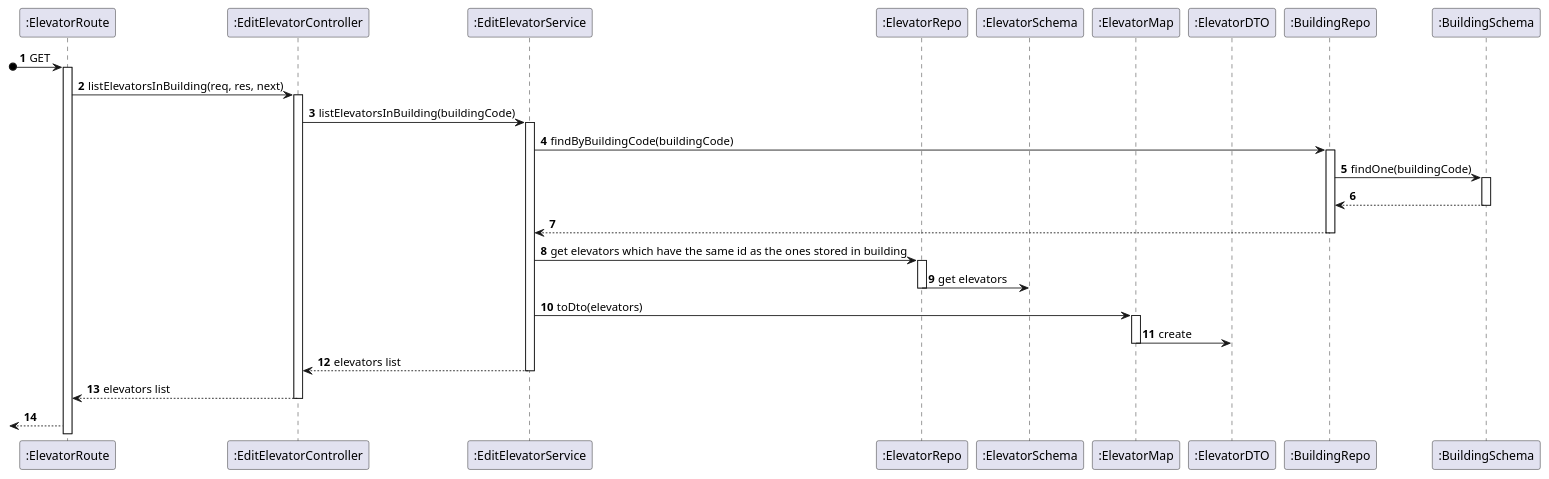
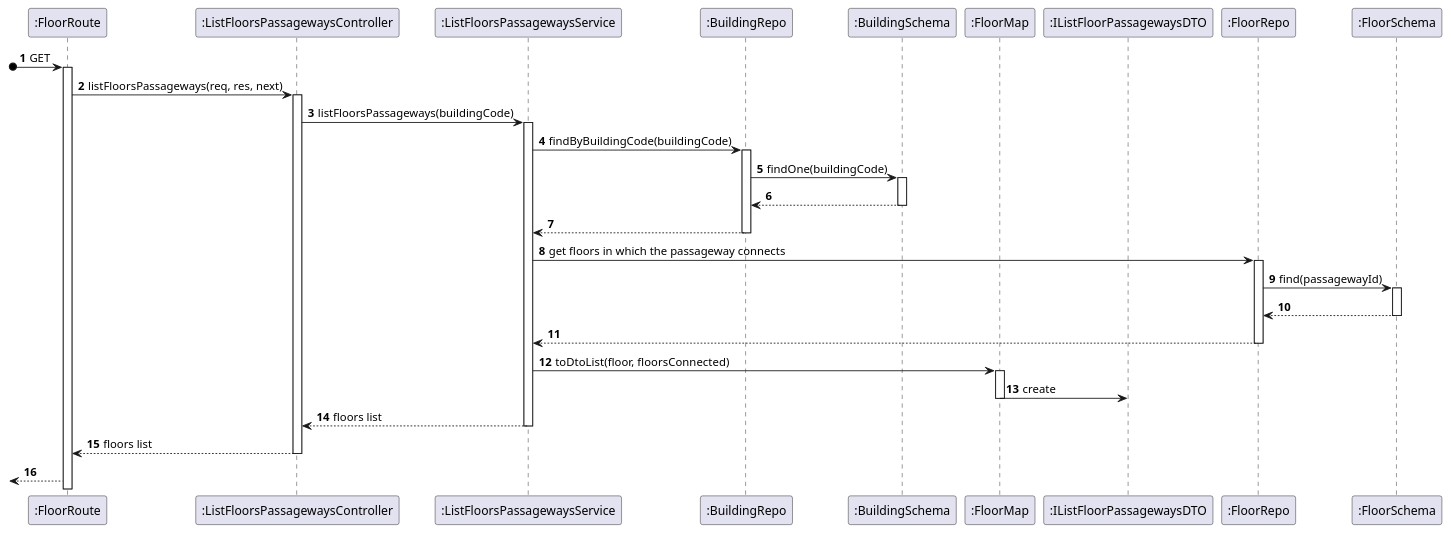
Before and after one commit to Pedro-Pereira1/sem5pi_23_24_g056: the diagram in docs/US_220/Diagrams/Level3/SequenceDiagramLevel3.puml, drawn with PlantUML. The commit also changed 1 other file, not shown here.

```diff
--- a/docs/US_220/Diagrams/Level3/SequenceDiagramLevel3.puml
+++ b/docs/US_220/Diagrams/Level3/SequenceDiagramLevel3.puml
@@ -1,59 +1,65 @@
 @startuml
 
 autonumber
 
-participant ":ElevatorRoute" as Route
-participant ":EditElevatorController" as Controller
-participant ":EditElevatorService" as Service
-participant ":ElevatorRepo" as Repo
-participant ":ElevatorSchema" as Schema
-participant ":ElevatorMap" as Map
-participant ":ElevatorDTO" as DTO
+participant ":FloorRoute" as Route
+participant ":ListFloorsPassagewaysController" as Controller
+participant ":ListFloorsPassagewaysService" as Service
+participant ":BuildingRepo" as Repo
+participant ":BuildingSchema" as BuildingSchema
+participant ":FloorMap" as Map
+participant ":IListFloorPassagewaysDTO" as DTO
 
-participant ":BuildingRepo" as BuildingRepo
-participant ":BuildingSchema" as BuildingSchema
+participant ":FloorRepo" as FloorRepo
 
+participant ":FloorSchema" as Schema
 
 
 ?o->Route: GET
 activate Route
 
-Route -> Controller: listElevatorsInBuilding(req, res, next)
+Route -> Controller: listFloorsPassageways(req, res, next)
 activate Controller
 
-Controller -> Service: listElevatorsInBuilding(buildingCode)
+Controller -> Service: listFloorsPassageways(buildingCode)
 activate Service
 
-Service -> BuildingRepo: findByBuildingCode(buildingCode)
-activate BuildingRepo
-BuildingRepo -> BuildingSchema: findOne(buildingCode)
+Service -> Repo: findByBuildingCode(buildingCode)
+activate Repo
+Repo -> BuildingSchema: findOne(buildingCode)
 activate BuildingSchema
-BuildingRepo <-- BuildingSchema
+Repo <-- BuildingSchema
 deactivate BuildingSchema
-Service <-- BuildingRepo
-deactivate BuildingRepo
+Service <-- Repo
+deactivate Repo
 
 
 
 
-Service -> Repo: get elevators which have the same id as the ones stored in building
-activate Repo
-Repo -> Schema: get elevators
-deactivate Repo
+Service -> FloorRepo: get floors in which the passageway connects
+activate FloorRepo
+FloorRepo -> Schema: find(passagewayId)
+activate Schema
+FloorRepo <-- Schema
+deactivate Schema
+Service <-- FloorRepo
+deactivate FloorRepo
 
-Service -> Map:toDto(elevators)
+
+
+Service -> Map:toDtoList(floor, floorsConnected)
 activate Map
 
 Map -> DTO: create
 deactivate Map
 
-Service --> Controller: elevators list
+Service --> Controller: floors list
 deactivate Service
 
-Controller --> Route: elevators list
+Controller --> Route: floors list
 deactivate Controller
 <--Route:
 
 
 
 @enduml
```
